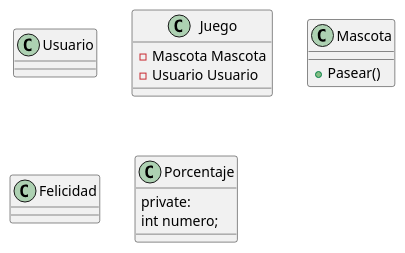
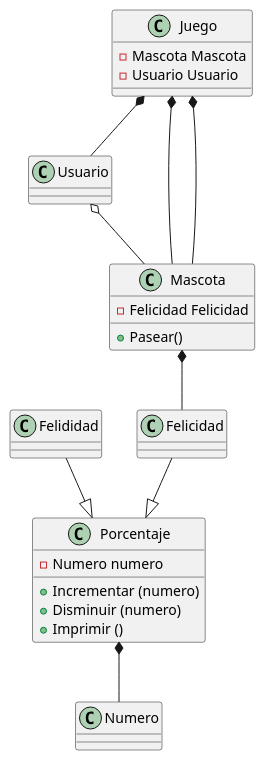
One commit to Pbenro/Mario-Bros changed the diagram in diagrama.puml. Above: the diagram before and after it, drawn with PlantUML. The commit also changed 6 other files, not shown here.

```diff
--- a/diagrama.puml
+++ b/diagrama.puml
@@ -1,18 +1,29 @@
 @startuml Diagrama
 
 class Usuario
 class Juego{
     -Mascota Mascota
     -Usuario Usuario
 }
 class Mascota{
     +Pasear()
+    -Felicidad Felicidad
 }
 class Felicidad
 class Porcentaje{
-    private:
-        int numero;
-        
+    -Numero numero
+    +Incrementar (numero)
+    +Disminuir (numero)
+    +Imprimir ()
 }
 
+Usuario o-- Mascota
+Mascota *-- Felicidad
+Juego *-- Usuario
+Juego *-- Mascota
+Felicidad --|> Porcentaje
+Porcentaje *-- Numero
+Juego *-- Mascota
+Felididad --|> Porcentaje
+
 @enduml
```
